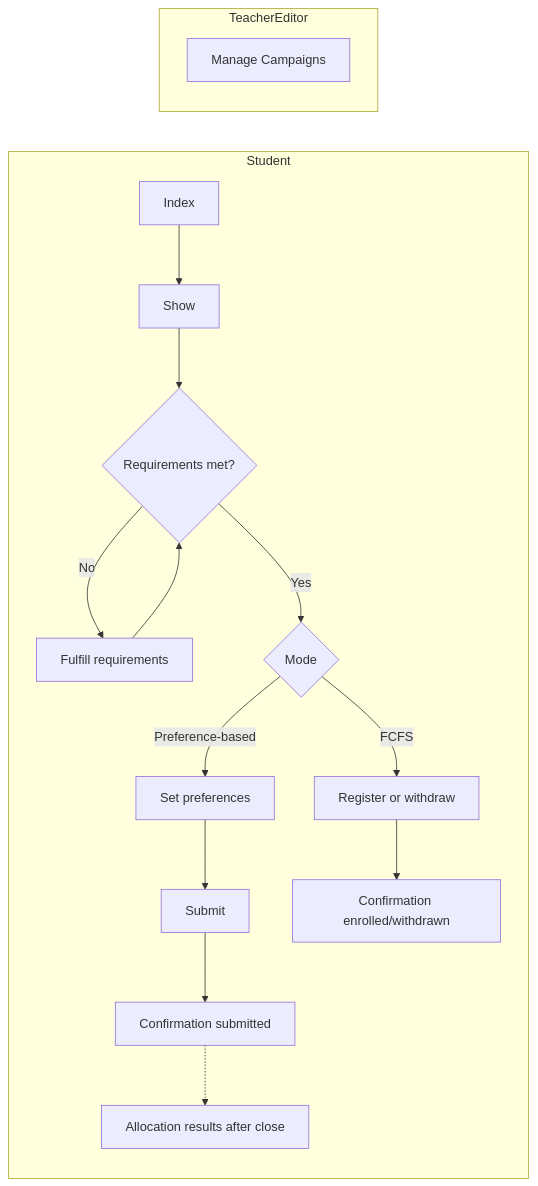
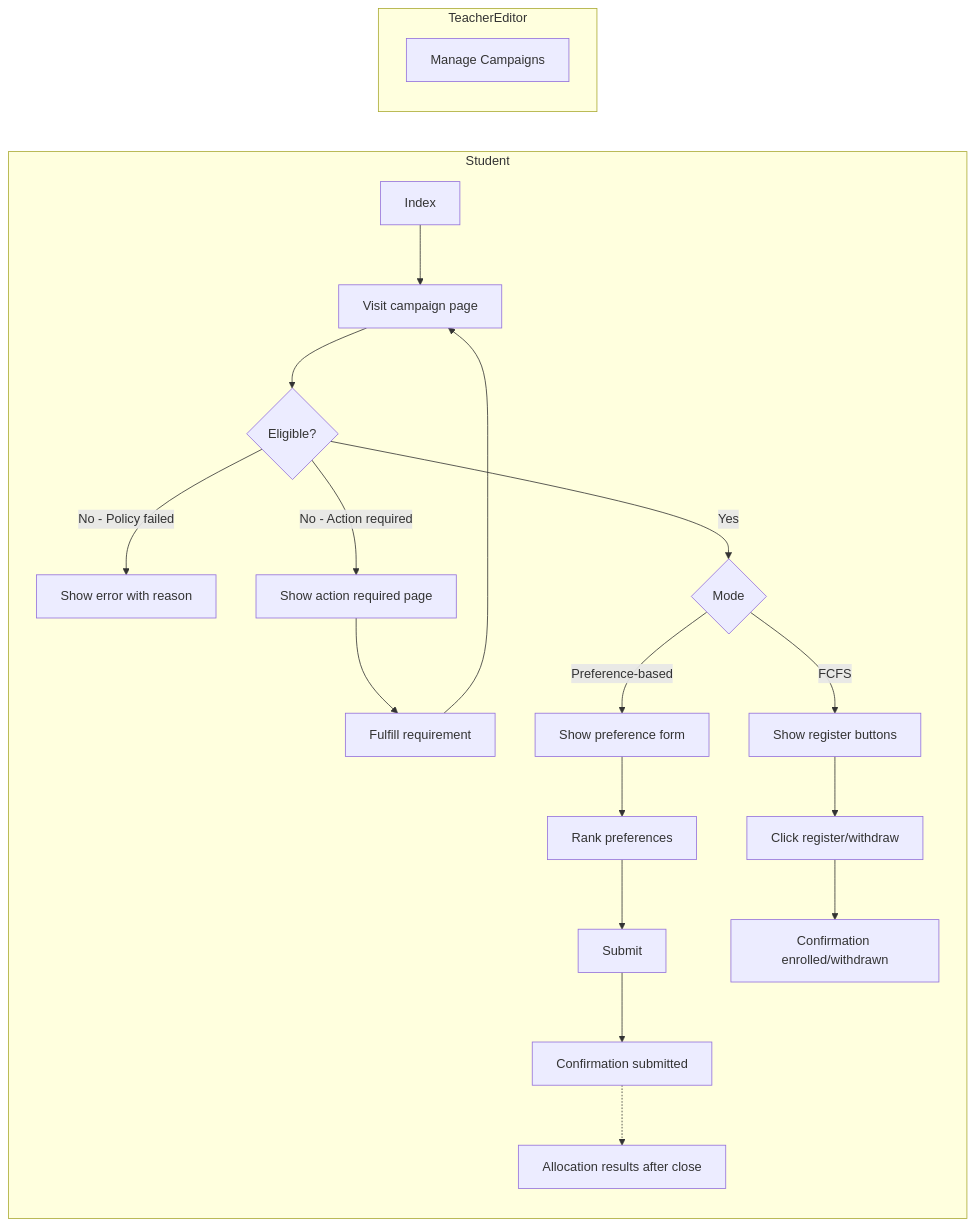
The second of 13 diagrams in architecture/src/features/12-views.md (MaMpf-HD/mampf), drawn with Mermaid before and after one commit. The commit also changed other lines of this file and 16 other files, not shown here.

First line of the commit message:
Architecture: Incorporate changes from registration pr (#936)

````diff
--- a/architecture/src/features/12-views.md
+++ b/architecture/src/features/12-views.md
@@ -208,20 +208,24 @@
 ```mermaid
 flowchart LR
   subgraph Student
-    IDX[Index] --> SHW[Show]
-    SHW --> GATE{Requirements met?}
-    GATE -->|No| REQS[Fulfill requirements]
-    REQS --> GATE
-    GATE -->|Yes| MODE{Mode}
-    MODE -->|Preference-based| PREF[Set preferences]
-    PREF --> SUBMIT[Submit]
+    IDX[Index] --> SHW[Visit campaign page]
+    SHW --> ELIG{Eligible?}
+    ELIG -->|No - Policy failed| ERR[Show error with reason]
+    ELIG -->|No - Action required| REQS[Show action required page]
+    REQS --> FULFILL[Fulfill requirement]
+    FULFILL --> SHW
+    ELIG -->|Yes| MODE{Mode}
+    MODE -->|Preference-based| FORM_PREF[Show preference form]
+    FORM_PREF --> RANK[Rank preferences]
+    RANK --> SUBMIT[Submit]
     SUBMIT --> CONF_PREF[Confirmation submitted]
     CONF_PREF -.-> ALLOC[Allocation results after close]
-    MODE -->|FCFS| REG[Register or withdraw]
+    MODE -->|FCFS| FORM_FCFS[Show register buttons]
+    FORM_FCFS --> REG[Click register/withdraw]
     REG --> CONF_FCFS[Confirmation enrolled/withdrawn]
   end
 
   subgraph TeacherEditor
     MGT[Manage Campaigns]
   end
 ```
````
